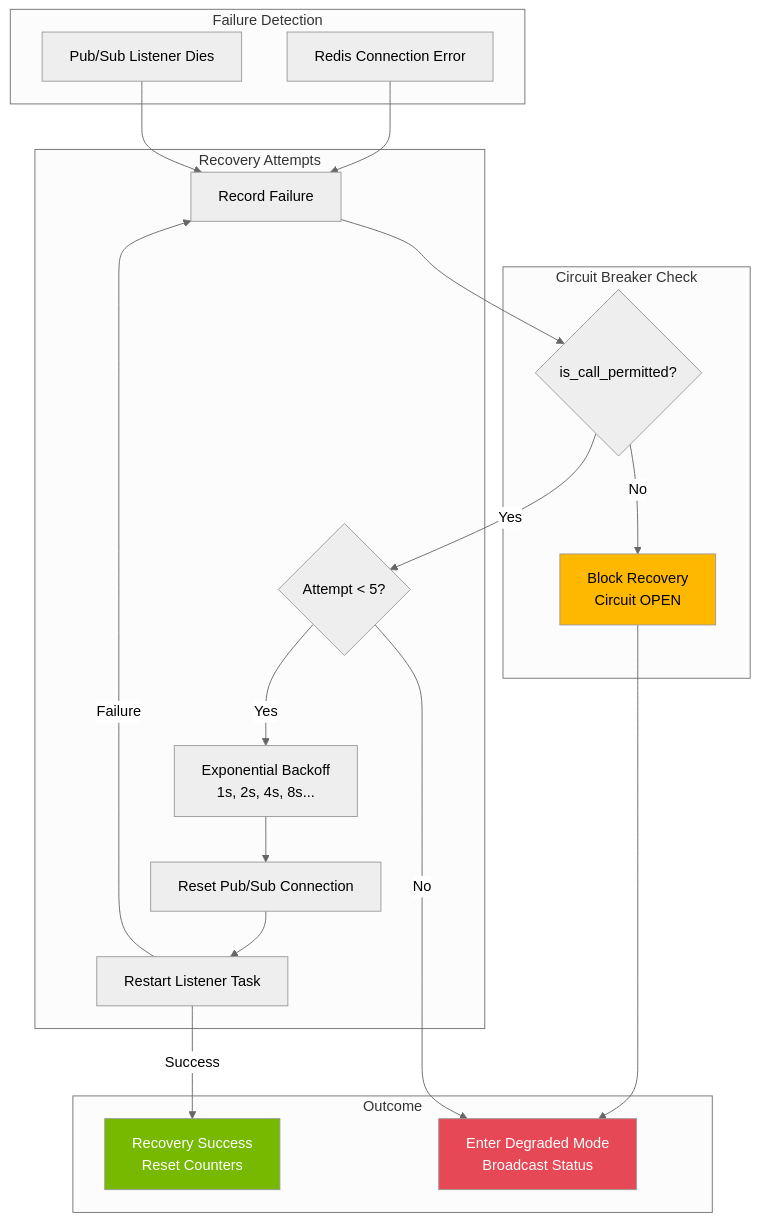
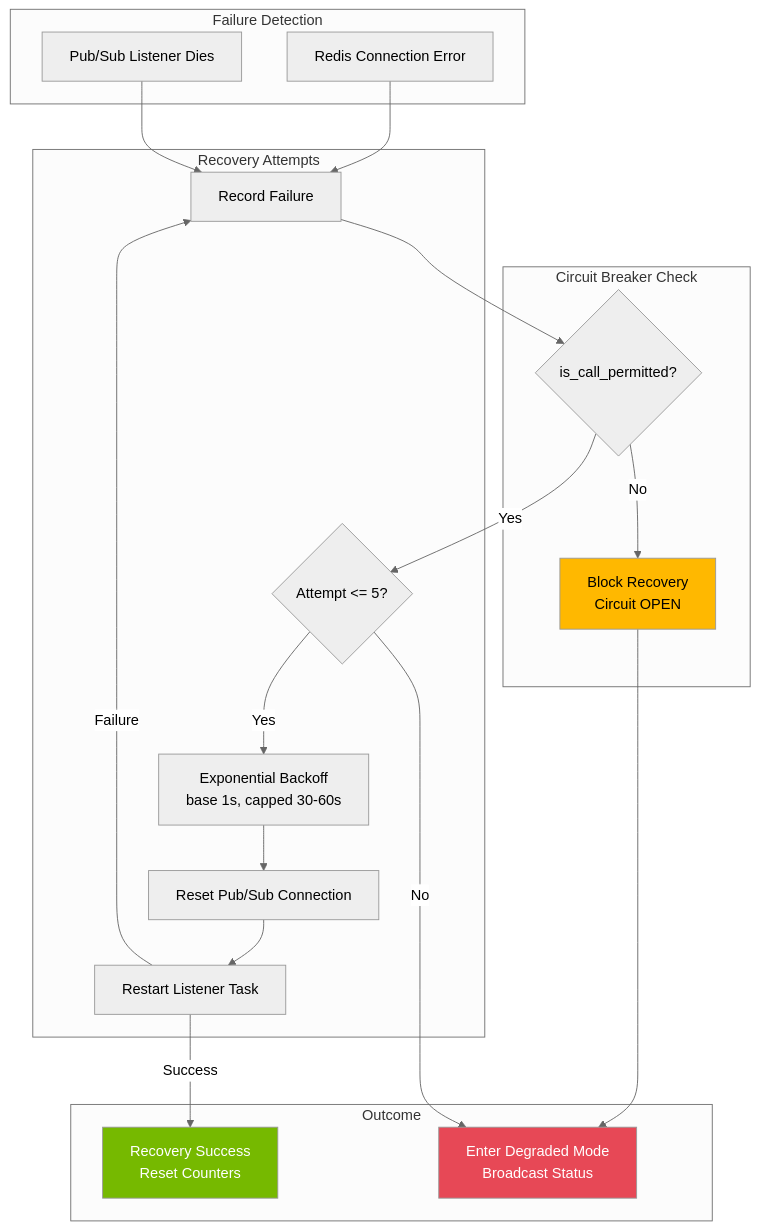
Diagram 12 of 15 in docs/architecture/resilience.md (mikesvoboda/nemotron-v3-home-security-intelligence), drawn with Mermaid (neutral theme) before and after one commit. The commit also changed other lines of this file and 231 other files, not shown here.

````diff
--- a/docs/architecture/resilience.md
+++ b/docs/architecture/resilience.md
@@ -934,42 +959,42 @@
 ```mermaid
 flowchart TB
     subgraph Failure["Failure Detection"]
         F1[Redis Connection Error]
         F2[Pub/Sub Listener Dies]
     end
 
     subgraph Recovery["Recovery Attempts"]
-        R1{Attempt < 5?}
+        R1{Attempt <= 5?}
         R2[Record Failure]
-        R3[Exponential Backoff<br/>1s, 2s, 4s, 8s...]
+        R3[Exponential Backoff<br/>base 1s, capped 30-60s]
         R4[Reset Pub/Sub Connection]
         R5[Restart Listener Task]
     end
 
     subgraph CircuitBreaker["Circuit Breaker Check"]
         CB{is_call_permitted?}
         CB_BLOCK[Block Recovery<br/>Circuit OPEN]
     end
 
     subgraph Outcome["Outcome"]
         SUCCESS[Recovery Success<br/>Reset Counters]
         DEGRADED[Enter Degraded Mode<br/>Broadcast Status]
     end
 
     F1 --> R2
     F2 --> R2
     R2 --> CB
 
     CB -->|Yes| R1
     CB -->|No| CB_BLOCK --> DEGRADED
 
     R1 -->|Yes| R3 --> R4 --> R5
     R1 -->|No| DEGRADED
 
     R5 -->|Success| SUCCESS
     R5 -->|Failure| R2
 
     style DEGRADED fill:#E74856,color:#fff
     style SUCCESS fill:#76B900,color:#fff
     style CB_BLOCK fill:#FFB800,color:#000
 ```
````
